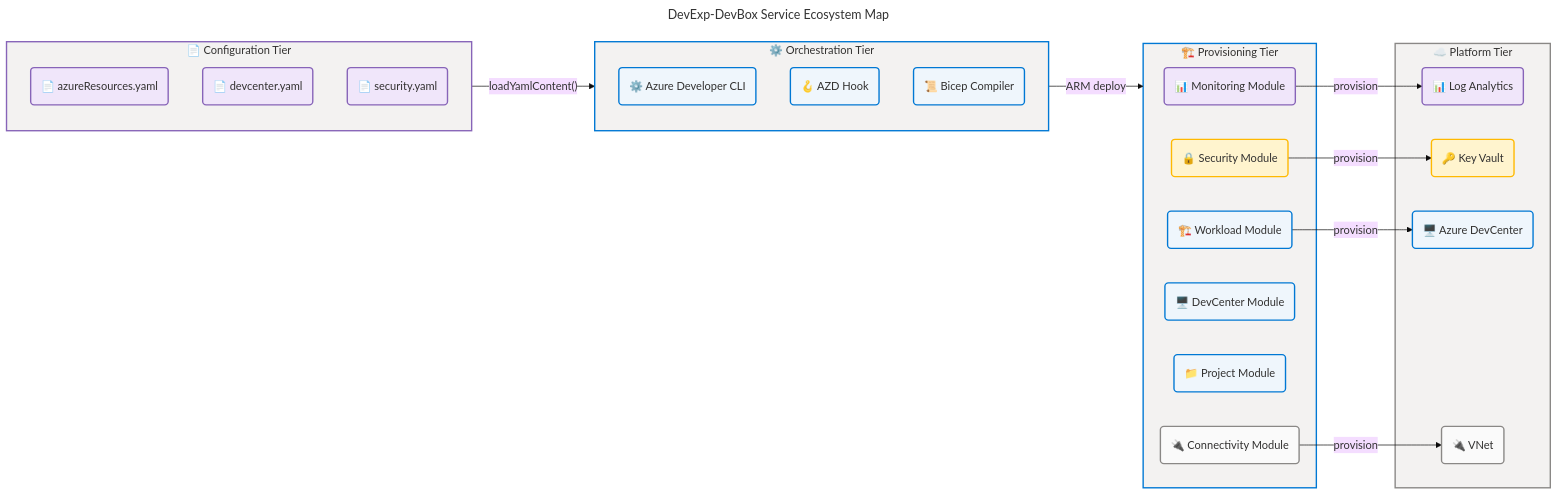
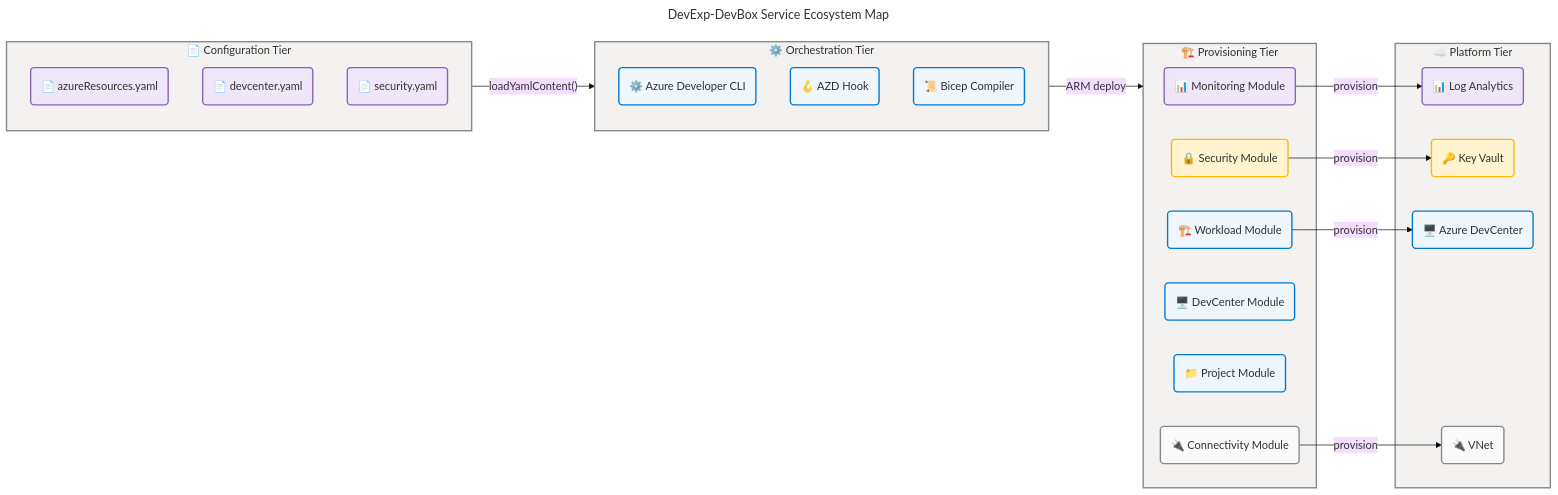
Before and after one commit to Evilazaro/DevExp-DevBox: the second of 15 diagrams in docs/architecture/application-architecture.md, drawn with Mermaid. The commit also changed other lines of this file, not shown here.

Commit message:
refactor: update YAML contract terminology and enhance diagram verification scores for improved clarity

````diff
--- a/docs/architecture/application-architecture.md
+++ b/docs/architecture/application-architecture.md
@@ -162,72 +162,72 @@
 ```mermaid
 ---
 title: DevExp-DevBox Service Ecosystem Map
 config:
   theme: base
   look: classic
   layout: dagre
   themeVariables:
     fontSize: '16px'
   flowchart:
     htmlLabels: true
 ---
 flowchart LR
     accTitle: DevExp-DevBox Service Ecosystem Map
     accDescr: Maps all application services across configuration, orchestration, provisioning, and platform tiers showing ecosystem-level integration relationships
 
     %% ═══════════════════════════════════════════════════════════════════════════
     %% AZURE / FLUENT ARCHITECTURE PATTERN v1.1
     %% (Semantic + Structural + Font + Accessibility Governance)
     %% ═══════════════════════════════════════════════════════════════════════════
     %% PHASE 1 - FLUENT UI: All styling uses approved Fluent UI palette only
     %% PHASE 2 - GROUPS: Every subgraph has semantic color via style directive
     %% PHASE 3 - COMPONENTS: Every node has semantic classDef + icon prefix
     %% PHASE 4 - ACCESSIBILITY: accTitle/accDescr present, WCAG AA contrast
     %% PHASE 5 - STANDARD: Governance block present, classDefs centralized
     %% ═══════════════════════════════════════════════════════════════════════════
 
     subgraph configTier["📄 Configuration Tier"]
         yamlRes("📄 azureResources.yaml"):::data
         yamlDC("📄 devcenter.yaml"):::data
         yamlSec("📄 security.yaml"):::data
     end
 
     subgraph orchTier["⚙️ Orchestration Tier"]
         azd("⚙️ Azure Developer CLI"):::core
         hook("🪝 AZD Hook"):::core
         bicep("📜 Bicep Compiler"):::core
     end
 
     subgraph provTier["🏗️ Provisioning Tier"]
         monMod("📊 Monitoring Module"):::data
         secMod("🔒 Security Module"):::warning
         wlMod("🏗️ Workload Module"):::core
         dcMod("🖥️ DevCenter Module"):::core
         projMod("📁 Project Module"):::core
         connMod("🔌 Connectivity Module"):::neutral
     end
 
     subgraph platTier["☁️ Platform Tier"]
         la("📊 Log Analytics"):::data
         kv("🔑 Key Vault"):::warning
         dc("🖥️ Azure DevCenter"):::core
         vnet("🔌 VNet"):::neutral
     end
 
     configTier -->|"loadYamlContent()"| orchTier
     orchTier -->|"ARM deploy"| provTier
     monMod -->|"provision"| la
     secMod -->|"provision"| kv
     wlMod -->|"provision"| dc
     connMod -->|"provision"| vnet
 
-    style configTier fill:#F3F2F1,stroke:#8764B8,stroke-width:2px,color:#323130
-    style orchTier fill:#F3F2F1,stroke:#0078D4,stroke-width:2px,color:#323130
-    style provTier fill:#F3F2F1,stroke:#0078D4,stroke-width:2px,color:#323130
+    style configTier fill:#F3F2F1,stroke:#8A8886,stroke-width:2px,color:#323130
+    style orchTier fill:#F3F2F1,stroke:#8A8886,stroke-width:2px,color:#323130
+    style provTier fill:#F3F2F1,stroke:#8A8886,stroke-width:2px,color:#323130
     style platTier fill:#F3F2F1,stroke:#8A8886,stroke-width:2px,color:#323130
 
     classDef neutral fill:#FAFAFA,stroke:#8A8886,stroke-width:2px,color:#323130
     classDef core fill:#EFF6FC,stroke:#0078D4,stroke-width:2px,color:#323130
     classDef warning fill:#FFF4CE,stroke:#FFB900,stroke-width:2px,color:#323130
     classDef data fill:#F0E6FA,stroke:#8764B8,stroke-width:2px,color:#323130
 ```
````
